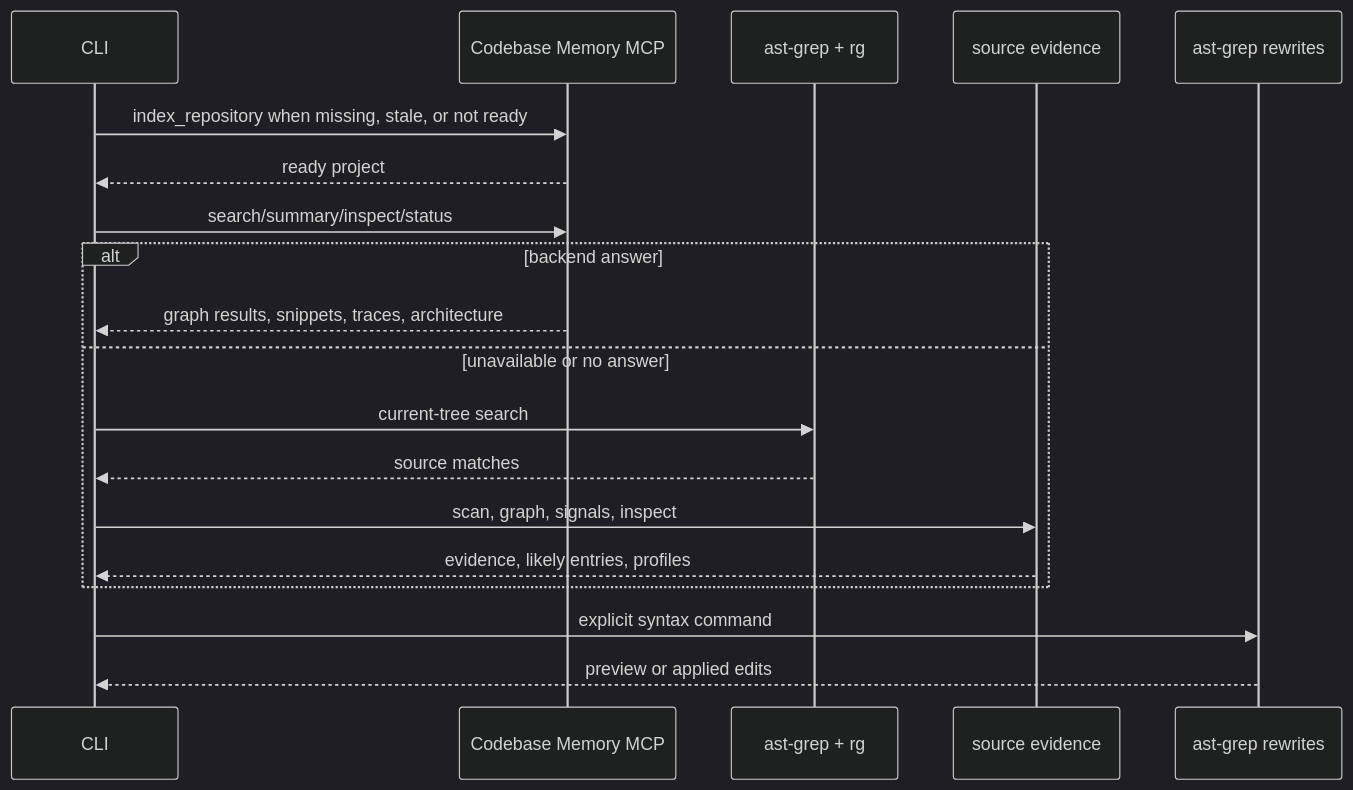
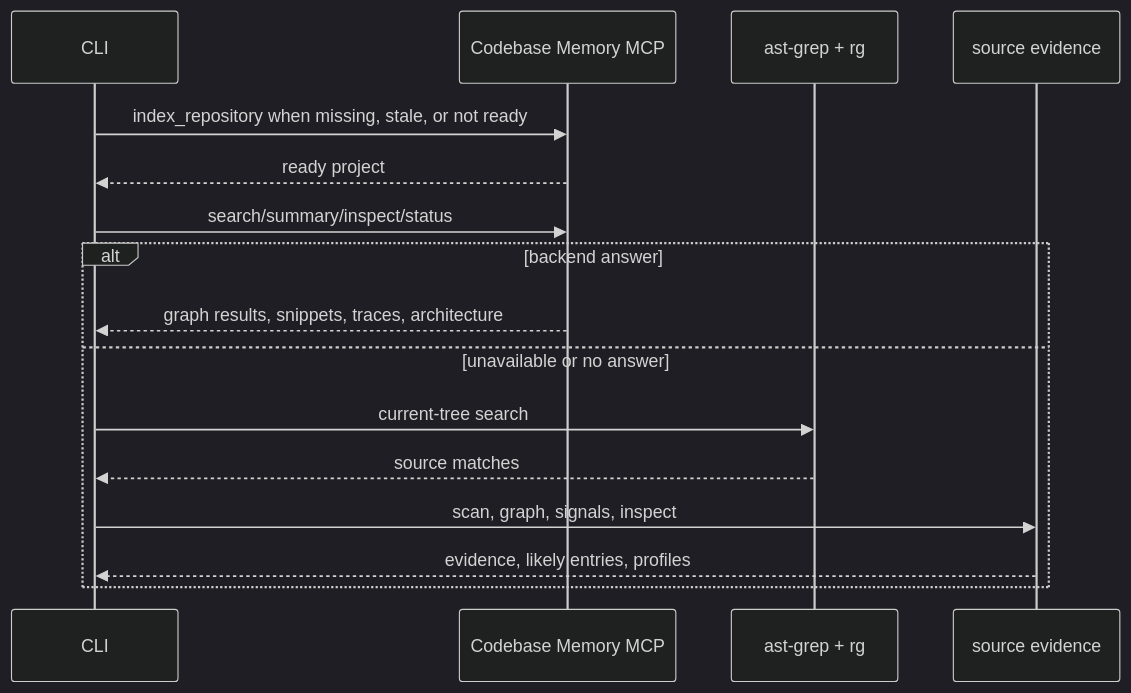
Before and after one commit to teron131/codemap: the first of 2 diagrams in README.md, drawn with Mermaid (dark theme). The commit also changed other lines of this file and 11 other files, not shown here.

````diff
--- a/README.md
+++ b/README.md
@@ -39,22 +38,19 @@
 ```mermaid
 sequenceDiagram
     participant CLI
     participant Backend as Codebase Memory MCP
     participant Search as ast-grep + rg
     participant Source as source evidence
-    participant Syntax as ast-grep rewrites
 
     CLI->>Backend: index_repository when missing, stale, or not ready
     Backend-->>CLI: ready project
     CLI->>Backend: search/summary/inspect/status
     alt backend answer
         Backend-->>CLI: graph results, snippets, traces, architecture
     else unavailable or no answer
         CLI->>Search: current-tree search
         Search-->>CLI: source matches
         CLI->>Source: scan, graph, signals, inspect
         Source-->>CLI: evidence, likely entries, profiles
     end
-    CLI->>Syntax: explicit syntax command
-    Syntax-->>CLI: preview or applied edits
 ```
````
